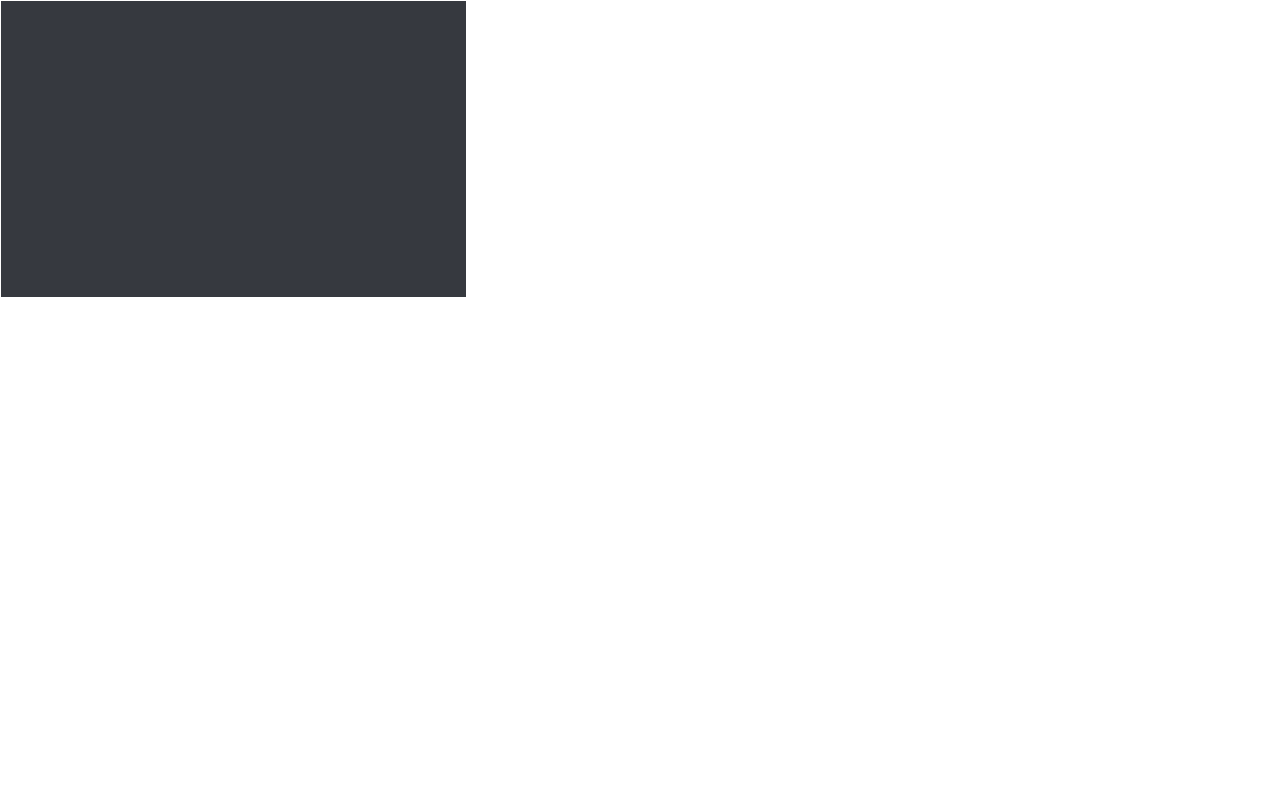
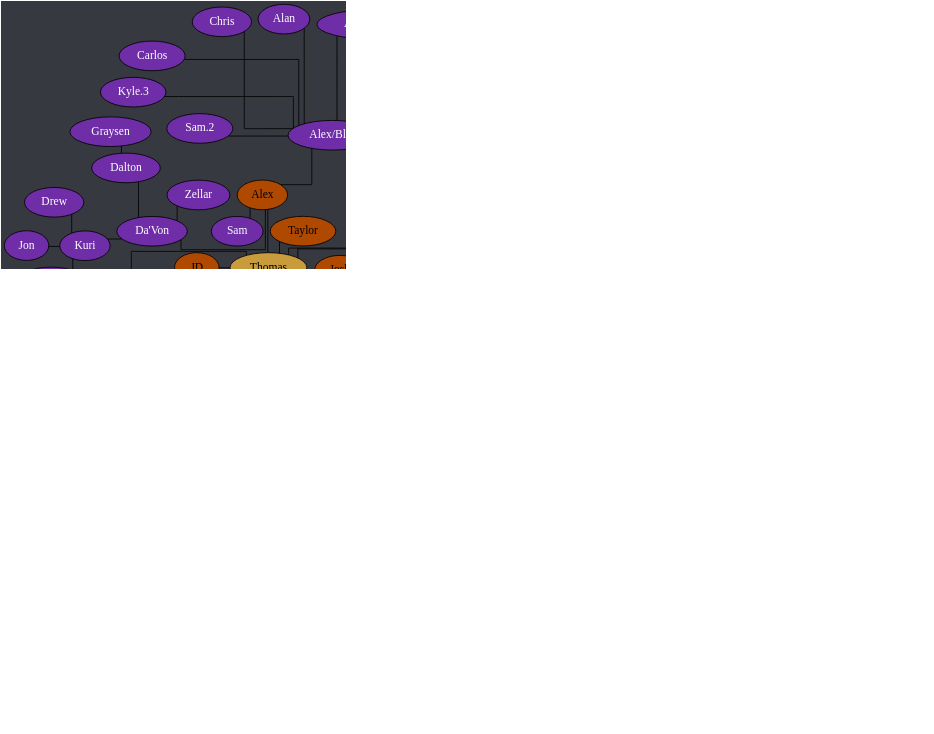
Before and after one commit to Documidas/CoronaCatzFamilyTree: the diagram in tree.dot, drawn with Graphviz. The commit also changed 1 other file, not shown here.

Commit message:
Add Laske

```diff
--- a/tree.dot
+++ b/tree.dot
@@ -1,162 +1,163 @@
 strict graph {
 	// Layout Configuration
 	layout = neato;
 	dpi = 200;
 	epsilon = 0.01;
 	mode = major;
 	model = subset;
 	overlap = false;
 	splines = ortho;
 	start = rand;
 
 	// Visual Configuration
 	graph [ truecolor=true bgcolor="#36393f" ];
 	node [ style=filled fillcolor="gray" fontcolor="black" ];
 
 	subgraph "Joel" {
 		node [ style=filled fillcolor="firebrick4" fontcolor="white" ];
 		Joel [ style=filled fillcolor="gold" fontcolor="black" ];
 
 		Cayla -- "Ali.2";
 		Cayla -- Jonathan;
 		Cayla -- Kate;
 		Cayla -- Ranger;
 		Joel -- Anders;
 		Joel -- Cayla;
 		Joel -- Conner;
 		Joel -- Jared;
 		Joel -- Kat;
 		Joel -- Patrick;
 		Joel -- Steven;
 		Joel -- Zach;
 	}
 
 	subgraph "Anders" {
 		node [ style=filled fillcolor="green4" fontcolor="white" ];
 		// Anders [ style=filled fillcolor="green4" fontcolor="white" ];
 
 		Anders -- Chiara;
 		Anders -- Cody;
 		Anders -- Daniel;
 		Anders -- "Derek/Yaupon";
 		Anders -- DJ;
 		Anders -- Hahnur;
 		Anders -- Jen;
 		Anders -- Matt;
 		Anders -- Solis;
 		Anders -- Will;
 		Anders -- Wyatt;
 	}
 
 	subgraph "Jared" {
 		node [ style=filled fillcolor="royalblue" fontcolor="black" ];
 		// Jared [ style=filled fillcolor="royalblue" fontcolor="black" ];
 
 		Andrew -- Hannah;
 		Dave -- Everett;
 		Donnie -- Bryan;
 		Donnie -- Troy;
 		Greg -- "Ali.1";
 		Greg -- Andrew;
 		Greg -- Carter;
 		Hannah -- Logan;
 		Jared -- Brandi;
 		Jared -- Dave;
 		Jared -- Donnie;
 		Jared -- Fabi;
 		Jared -- "Jack.2";
 		Jared -- Kamon;
 		Jared -- Greg;
 		Jared -- Isabelle;
 		Jared -- Mason;
 		Jared -- Mehmet;
 		Jared -- Nam;
 		Jared -- Spencer;
 		Jared -- Tyler;
 		Jared -- "Zach/Laniakea";
 		Jared -- "Zöe";
 		Logan -- Raana;
 		Troy -- Drake;
 		Tyler -- Gaby;
 	}
 
 	subgraph "Zach/Laniakea" {
 		node [ style=filled fillcolor="#4eff2c" fontcolor="black" ];
 		// "Zach/Laniakea" [ style=filled fillcolor="#4eff2c" fontcolor="black" ];
 
 		"Caio.2" -- "Kyle.1";
 		"Caio.2" -- Lucas;
 		"Zach/Laniakea" -- Allen;
 		"Zach/Laniakea" -- "Caio.2";
 		"Zach/Laniakea" -- Colin;
 		"Zach/Laniakea" -- John;
 		"Zach/Laniakea" -- Kevin;
 		"Zach/Laniakea" -- "Kyle.0";
 		"Zach/Laniakea" -- Mike;
 		"Zach/Laniakea" -- "Ryan.1";
 	}
 
 	subgraph "John" {
 		node [ style=filled fillcolor="#c89b3c" fontcolor="black" ];
 		// John [ style=filled fillcolor="#c89b3c" fontcolor="black" ];
 
 		Haber -- "Derek/Nomad";
 		John -- Anna;
 		John -- Emily;
 		John -- Haber;
 		John -- Jay;
 		John -- Jack;
 		John -- Lara;
 		John -- Monarch;
 		John -- "Oliger/Leanza";
 		John -- Thomas;
 	}
 
 	subgraph "John-stream" {
 		// node [ style=filled fillcolor="#9147ff" fontcolor="black" ];
 		node [ style=filled fillcolor="#c89b3c" fontcolor="black" ];
 
 		John -- "Michael/Wheezy";
 	}
 
 	subgraph "Thomas" {
 		node [ style=filled fillcolor="#b04900" fontcolor="black" ];
 		// Thomas [ style=filled fillcolor="#b04900" fontcolor="black" ];
 
 		Thomas -- Alex;
 		Thomas -- JD;
 		Thomas -- Josh;
 		Thomas -- Juan;
 		Thomas -- Taylor;
 		Thomas -- Tony;
 		Thomas -- "Travis.1";
 		Thomas -- "Travis.2";
 		Tony -- GT;
 	}
 
 	subgraph "Alex" {
 		node [ style=filled fillcolor="#6f2da8" fontcolor="white" ];
 		// Alex [ style=filled fillcolor="#6f2da8" fontcolor="black" ];
 
 		Alex -- "Alex/Blitt";
 		Alex -- "Da'Von";
 		Alex -- Sam;
 		"Alex/Blitt" -- Alan;
 		"Alex/Blitt" -- "Alex the 3rd";
 		"Alex/Blitt" -- Brian;
 		"Alex/Blitt" -- Carlos;
 		"Alex/Blitt" -- Chris;
 		"Alex/Blitt" -- Frank;
 		"Alex/Blitt" -- Gabe;
 		"Alex/Blitt" -- "Kyle.3";
+		"Alex/Blitt" -- Laske;
 		"Alex/Blitt" -- "Ryan.2";
 		"Alex/Blitt" -- "Sam.2";
 		"Da'Von" -- Dalton;
 		"Da'Von" -- Kuri;
 		"Da'Von" -- Zellar;
 		Dalton -- Graysen;
 		Kuri -- Drew;
 		Kuri -- Jon;
 		Kuri -- Karma;
 	}
 }
```
